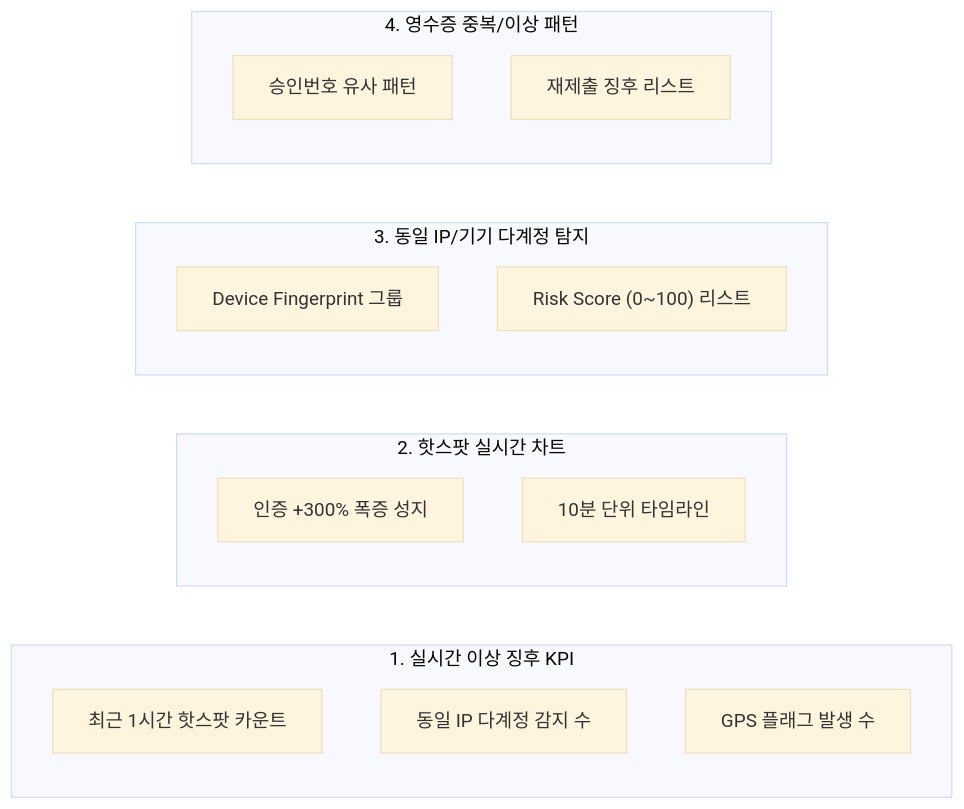
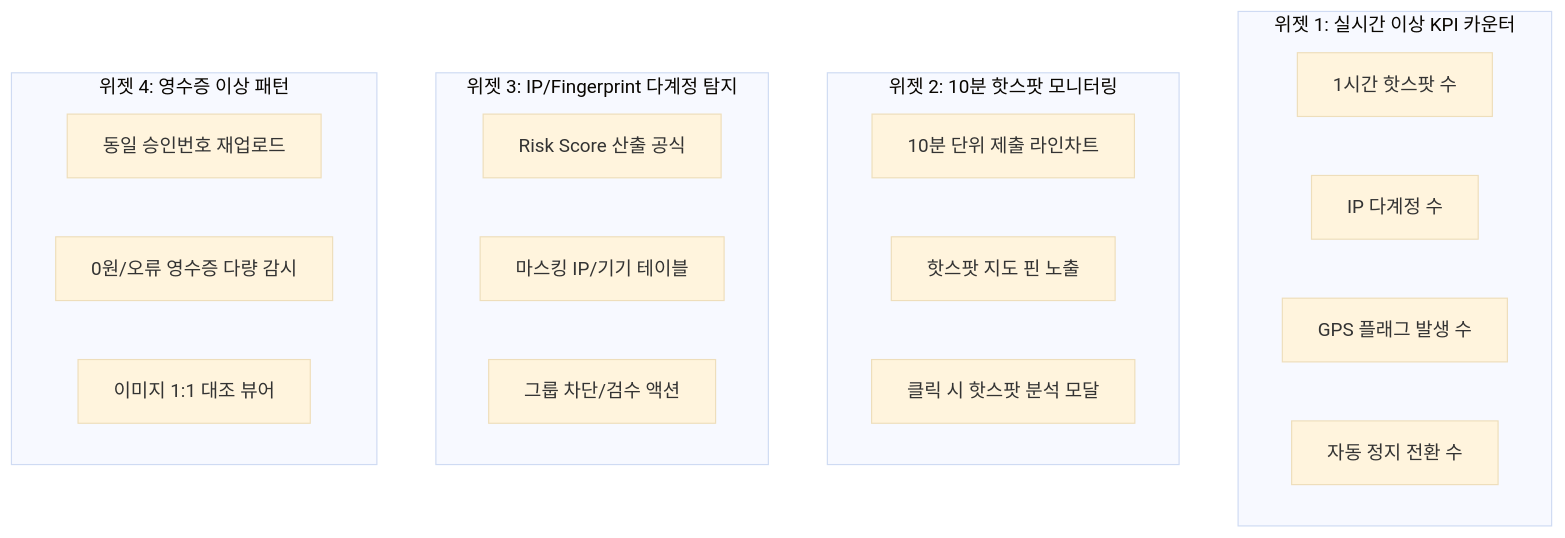
Before and after one commit to nino2767/fandom-conquest: the first of 3 diagrams in docs/01_planning/02_detail/03_admin/fandom_상세기획_어드민_어뷰징탐지모니터링_v0.3_20260724.md, drawn with Mermaid (base theme). The commit also changed other lines of this file, not shown here.

Commit message:
docs: 어드민 어뷰징 탐지 모니터링(ADM-ABUSE-01) 상세기획 v0.3 정밀 개정 반영 (경고 채널, 보류 후속 워크플로우, 공통 모달 매핑)

````diff
--- a/docs/01_planning/02_detail/03_admin/fandom_상세기획_어드민_어뷰징탐지모니터링_v0.3_20260724.md
+++ b/docs/01_planning/02_detail/03_admin/fandom_상세기획_어드민_어뷰징탐지모니터링_v0.3_20260724.md
@@ -22,23 +32,27 @@
 ```mermaid
-flowchart LR
-    subgraph D1["1. 실시간 이상 징후 KPI"]
-        A1["최근 1시간 핫스팟 카운트"]
-        A2["동일 IP 다계정 감지 수"]
-        A3["GPS 플래그 발생 수"]
-    end
-    
-    subgraph D2["2. 핫스팟 실시간 차트"]
-        B1["인증 +300% 폭증 성지"]
-        B2["10분 단위 타임라인"]
+flowchart TD
+    subgraph W1["위젯 1: 실시간 이상 KPI 카운터"]
+        K1["1시간 핫스팟 수"]
+        K2["IP 다계정 수"]
+        K3["GPS 플래그 발생 수"]
+        K4["자동 정지 전환 수"]
     end
 
-    subgraph D3["3. 동일 IP/기기 다계정 탐지"]
-        C1["Device Fingerprint 그룹"]
-        C2["Risk Score (0~100) 리스트"]
+    subgraph W2["위젯 2: 10분 핫스팟 모니터링"]
+        H1["10분 단위 제출 라인차트"]
+        H2["핫스팟 지도 핀 노출"]
+        H3["클릭 시 핫스팟 분석 모달"]
     end
-    
-    subgraph D4["4. 영수증 중복/이상 패턴"]
-        D1_1["승인번호 유사 패턴"]
-        D1_2["재제출 징후 리스트"]
+
+    subgraph W3["위젯 3: IP/Fingerprint 다계정 탐지"]
+        F1["Risk Score 산출 공식"]
+        F2["마스킹 IP/기기 테이블"]
+        F3["그룹 차단/검수 액션"]
+    end
+
+    subgraph W4["위젯 4: 영수증 이상 패턴"]
+        R1["동일 승인번호 재업로드"]
+        R2["0원/오류 영수증 다량 감시"]
+        R3["이미지 1:1 대조 뷰어"]
     end
 ```
````
